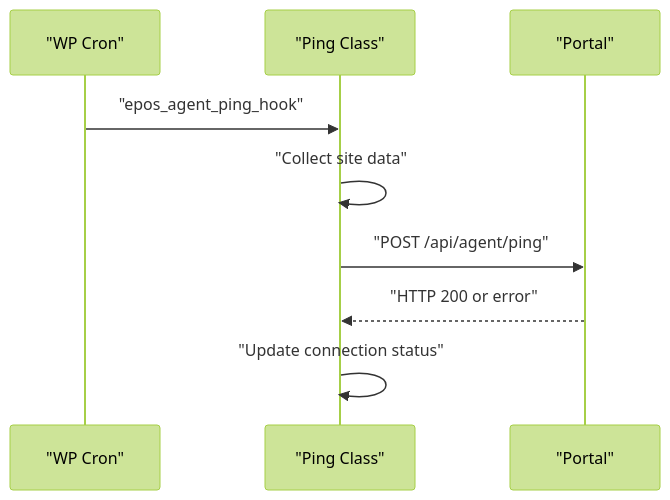
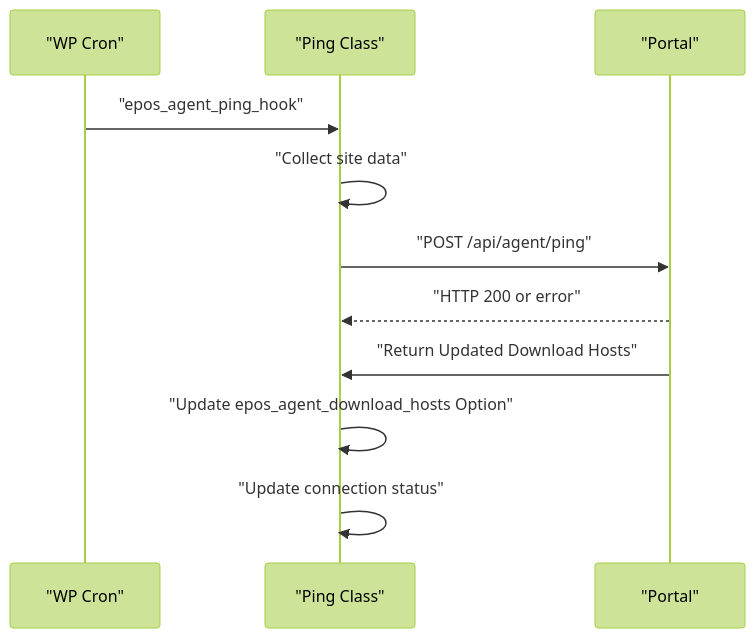
Before and after one commit to FCS-WP/website_portal: the seventh of 7 diagrams in .qoder/repowiki/en/content/WordPress Agent Integration/Plugin Management System.md, drawn with Mermaid (forest theme). The commit also changed other lines of this file and 30 other files, not shown here.

````diff
--- a/.qoder/repowiki/en/content/WordPress Agent Integration/Plugin Management System.md
+++ b/.qoder/repowiki/en/content/WordPress Agent Integration/Plugin Management System.md
@@ -313,11 +371,13 @@
 ```mermaid
 sequenceDiagram
 participant Cron as "WP Cron"
 participant Ping as "Ping Class"
 participant Portal as "Portal"
 Cron->>Ping : "epos_agent_ping_hook"
 Ping->>Ping : "Collect site data"
 Ping->>Portal : "POST /api/agent/ping"
 Portal-->>Ping : "HTTP 200 or error"
+Portal->>Ping : "Return Updated Download Hosts"
+Ping->>Ping : "Update epos_agent_download_hosts Option"
 Ping->>Ping : "Update connection status"
 ```
````
